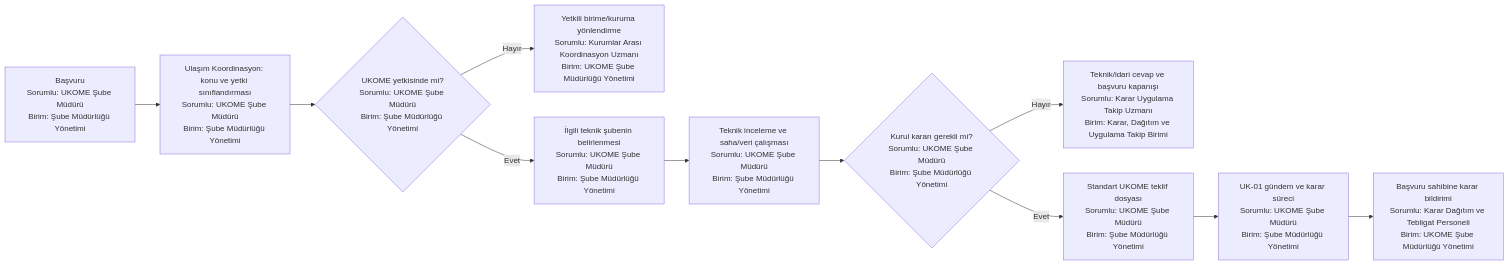
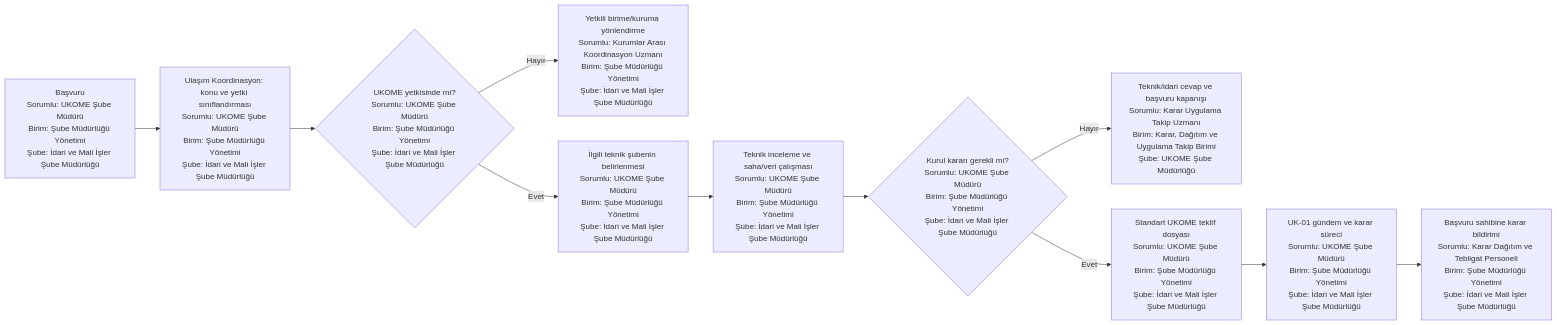
Before and after one commit to merdaergen-create/Ulasim_Dairesi_Is_Analizi: the third of 3 diagrams in 15_yalin_surec_haritalari/ukome/README.md, drawn with Mermaid. The commit also changed other lines of this file and 20 other files, not shown here.

````diff
--- a/15_yalin_surec_haritalari/ukome/README.md
+++ b/15_yalin_surec_haritalari/ukome/README.md
@@ -96,13 +108,13 @@
 ```mermaid
 flowchart LR
-    A[Başvuru<br/>Sorumlu: UKOME Şube Müdürü<br/>Birim: Şube Müdürlüğü Yönetimi] --> B[Ulaşım Koordinasyon: konu ve yetki sınıflandırması<br/>Sorumlu: UKOME Şube Müdürü<br/>Birim: Şube Müdürlüğü Yönetimi]
-    B --> C{UKOME yetkisinde mi?<br/>Sorumlu: UKOME Şube Müdürü<br/>Birim: Şube Müdürlüğü Yönetimi}
-    C -- Hayır --> D[Yetkili birime/kuruma yönlendirme<br/>Sorumlu: Kurumlar Arası Koordinasyon Uzmanı<br/>Birim: UKOME Şube Müdürlüğü Yönetimi]
-    C -- Evet --> E[İlgili teknik şubenin belirlenmesi<br/>Sorumlu: UKOME Şube Müdürü<br/>Birim: Şube Müdürlüğü Yönetimi]
-    E --> F[Teknik inceleme ve saha/veri çalışması<br/>Sorumlu: UKOME Şube Müdürü<br/>Birim: Şube Müdürlüğü Yönetimi]
-    F --> G{Kurul kararı gerekli mi?<br/>Sorumlu: UKOME Şube Müdürü<br/>Birim: Şube Müdürlüğü Yönetimi}
-    G -- Hayır --> H[Teknik/idari cevap ve başvuru kapanışı<br/>Sorumlu: Karar Uygulama Takip Uzmanı<br/>Birim: Karar, Dağıtım ve Uygulama Takip Birimi]
-    G -- Evet --> I[Standart UKOME teklif dosyası<br/>Sorumlu: UKOME Şube Müdürü<br/>Birim: Şube Müdürlüğü Yönetimi]
-    I --> J[UK-01 gündem ve karar süreci<br/>Sorumlu: UKOME Şube Müdürü<br/>Birim: Şube Müdürlüğü Yönetimi]
-    J --> K[Başvuru sahibine karar bildirimi<br/>Sorumlu: Karar Dağıtım ve Tebligat Personeli<br/>Birim: UKOME Şube Müdürlüğü Yönetimi]
+    A[Başvuru<br/>Sorumlu: UKOME Şube Müdürü<br/>Birim: Şube Müdürlüğü Yönetimi<br/>Şube: İdari ve Mali İşler Şube Müdürlüğü] --> B[Ulaşım Koordinasyon: konu ve yetki sınıflandırması<br/>Sorumlu: UKOME Şube Müdürü<br/>Birim: Şube Müdürlüğü Yönetimi<br/>Şube: İdari ve Mali İşler Şube Müdürlüğü]
+    B --> C{UKOME yetkisinde mi?<br/>Sorumlu: UKOME Şube Müdürü<br/>Birim: Şube Müdürlüğü Yönetimi<br/>Şube: İdari ve Mali İşler Şube Müdürlüğü}
+    C -- Hayır --> D[Yetkili birime/kuruma yönlendirme<br/>Sorumlu: Kurumlar Arası Koordinasyon Uzmanı<br/>Birim: Şube Müdürlüğü Yönetimi<br/>Şube: İdari ve Mali İşler Şube Müdürlüğü]
+    C -- Evet --> E[İlgili teknik şubenin belirlenmesi<br/>Sorumlu: UKOME Şube Müdürü<br/>Birim: Şube Müdürlüğü Yönetimi<br/>Şube: İdari ve Mali İşler Şube Müdürlüğü]
+    E --> F[Teknik inceleme ve saha/veri çalışması<br/>Sorumlu: UKOME Şube Müdürü<br/>Birim: Şube Müdürlüğü Yönetimi<br/>Şube: İdari ve Mali İşler Şube Müdürlüğü]
+    F --> G{Kurul kararı gerekli mi?<br/>Sorumlu: UKOME Şube Müdürü<br/>Birim: Şube Müdürlüğü Yönetimi<br/>Şube: İdari ve Mali İşler Şube Müdürlüğü}
+    G -- Hayır --> H[Teknik/idari cevap ve başvuru kapanışı<br/>Sorumlu: Karar Uygulama Takip Uzmanı<br/>Birim: Karar, Dağıtım ve Uygulama Takip Birimi<br/>Şube: UKOME Şube Müdürlüğü]
+    G -- Evet --> I[Standart UKOME teklif dosyası<br/>Sorumlu: UKOME Şube Müdürü<br/>Birim: Şube Müdürlüğü Yönetimi<br/>Şube: İdari ve Mali İşler Şube Müdürlüğü]
+    I --> J[UK-01 gündem ve karar süreci<br/>Sorumlu: UKOME Şube Müdürü<br/>Birim: Şube Müdürlüğü Yönetimi<br/>Şube: İdari ve Mali İşler Şube Müdürlüğü]
+    J --> K[Başvuru sahibine karar bildirimi<br/>Sorumlu: Karar Dağıtım ve Tebligat Personeli<br/>Birim: Şube Müdürlüğü Yönetimi<br/>Şube: İdari ve Mali İşler Şube Müdürlüğü]
 ```
````
